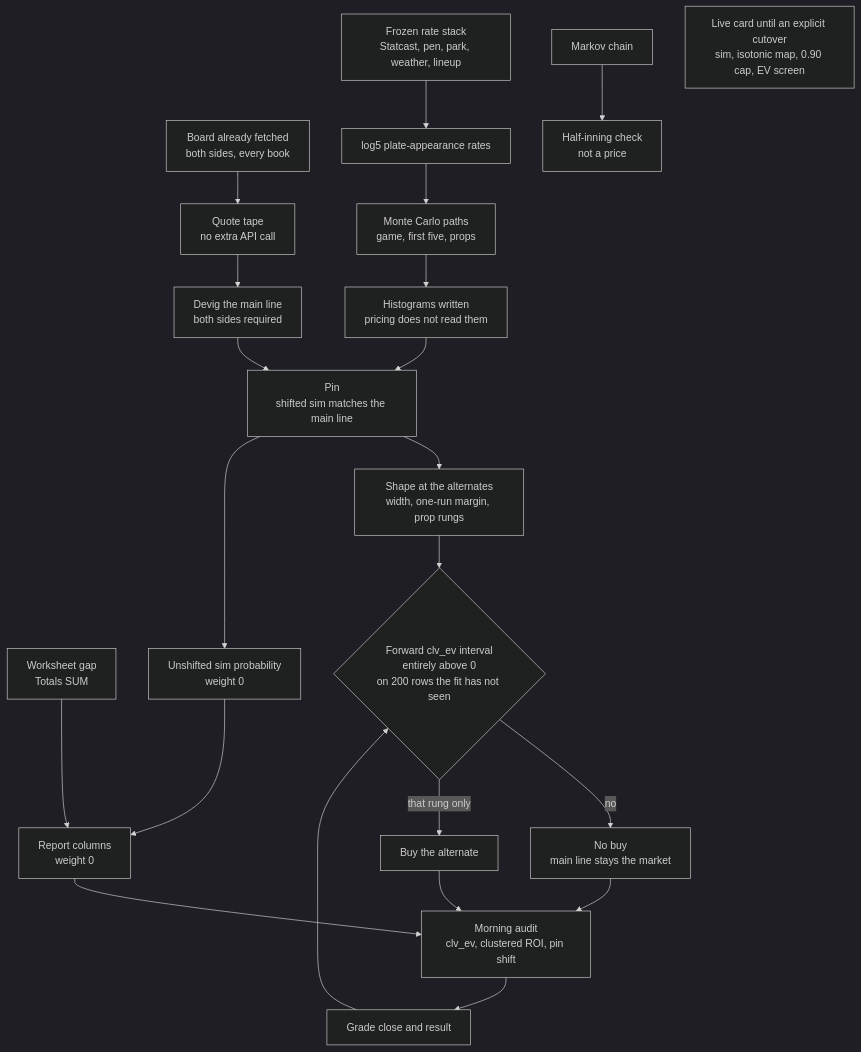
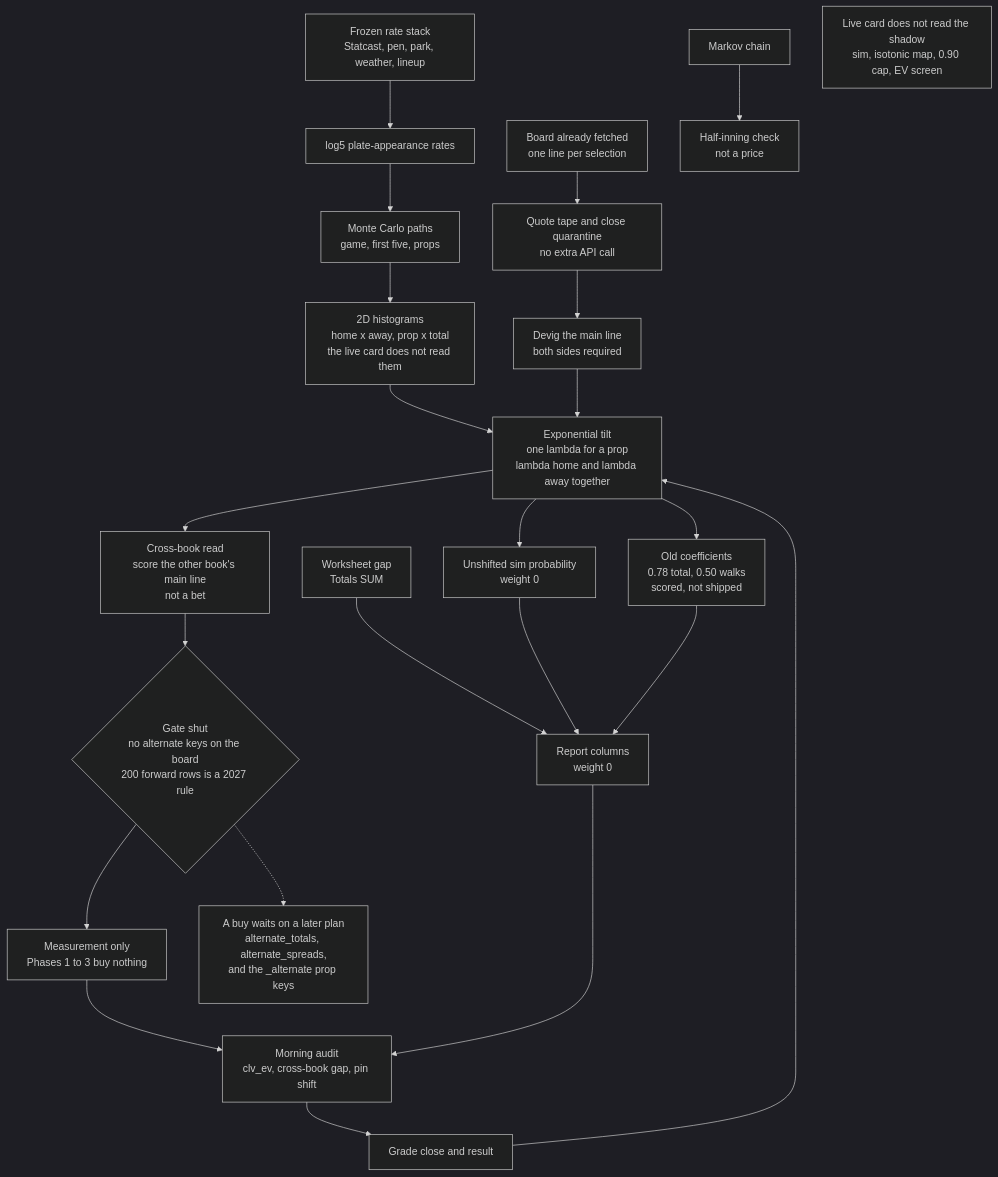
The diagram in docs/mlb/recode_master_plan.md (drfobusan-debug/payoff-pitch-), drawn with Mermaid (dark theme) before and after one commit. The commit also changed other lines of this file and 2 other files, not shown here.

First line of the commit message:
Make the MLB recode plan measurement-only until real alternates exist.

````diff
--- a/docs/mlb/recode_master_plan.md
+++ b/docs/mlb/recode_master_plan.md
@@ -337,32 +426,35 @@
 ```mermaid
 flowchart TD
   rates["Frozen rate stack<br/>Statcast, pen, park, weather, lineup"]
-  board["Board already fetched<br/>both sides, every book"]
+  board["Board already fetched<br/>one line per selection"]
   sheets["Worksheet gap<br/>Totals SUM"]
 
   rates --> log5["log5 plate-appearance rates"]
   log5 --> mc["Monte Carlo paths<br/>game, first five, props"]
-  mc --> hist["Histograms written<br/>pricing does not read them"]
+  mc --> hist["2D histograms<br/>home x away, prop x total<br/>the live card does not read them"]
   chain["Markov chain"] --> check["Half-inning check<br/>not a price"]
 
-  board --> tape["Quote tape<br/>no extra API call"]
+  board --> tape["Quote tape and close quarantine<br/>no extra API call"]
   tape --> devig["Devig the main line<br/>both sides required"]
-  hist --> pin["Pin<br/>shifted sim matches the main line"]
+  hist --> pin["Exponential tilt<br/>one lambda for a prop<br/>lambda home and lambda away together"]
   devig --> pin
 
-  pin --> shape["Shape at the alternates<br/>width, one-run margin, prop rungs"]
+  pin --> shape["Cross-book read<br/>score the other book's main line<br/>not a bet"]
   pin --> raw["Unshifted sim probability<br/>weight 0"]
+  pin --> coef["Old coefficients<br/>0.78 total, 0.50 walks<br/>scored, not shipped"]
   sheets --> report["Report columns<br/>weight 0"]
   raw --> report
+  coef --> report
 
-  shape --> gate{"Forward clv_ev interval<br/>entirely above 0<br/>on 200 rows the fit has not seen"}
-  gate -->|no| nobuy["No buy<br/>main line stays the market"]
-  gate -->|that rung only| buy["Buy the alternate"]
-  nobuy --> audit["Morning audit<br/>clv_ev, clustered ROI, pin shift"]
-  buy --> audit
+  shape --> gate{"Gate shut<br/>no alternate keys on the board<br/>200 forward rows is a 2027 rule"}
+  gate --> measure["Measurement only<br/>Phases 1 to 3 buy nothing"]
+  measure --> audit["Morning audit<br/>clv_ev, cross-book gap, pin shift"]
   report --> audit
   audit --> grade["Grade close and result"]
-  grade --> gate
+  grade --> pin
 
-  live["Live card until an explicit cutover<br/>sim, isotonic map, 0.90 cap, EV screen"]
+  later["A buy waits on a later plan<br/>alternate_totals, alternate_spreads,<br/>and the _alternate prop keys"]
+  gate -.-> later
+
+  live["Live card does not read the shadow<br/>sim, isotonic map, 0.90 cap, EV screen"]
 ```
````
